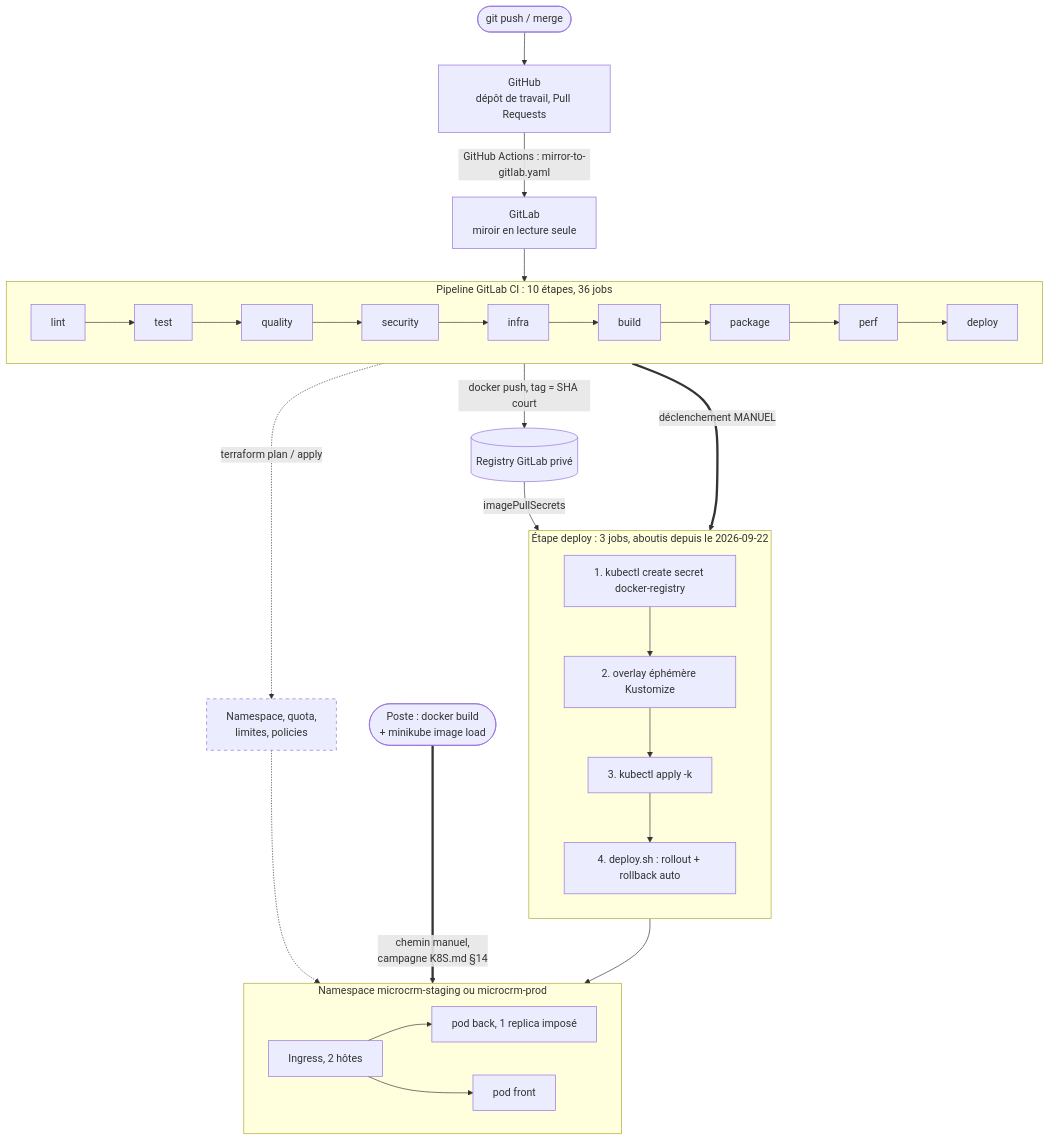
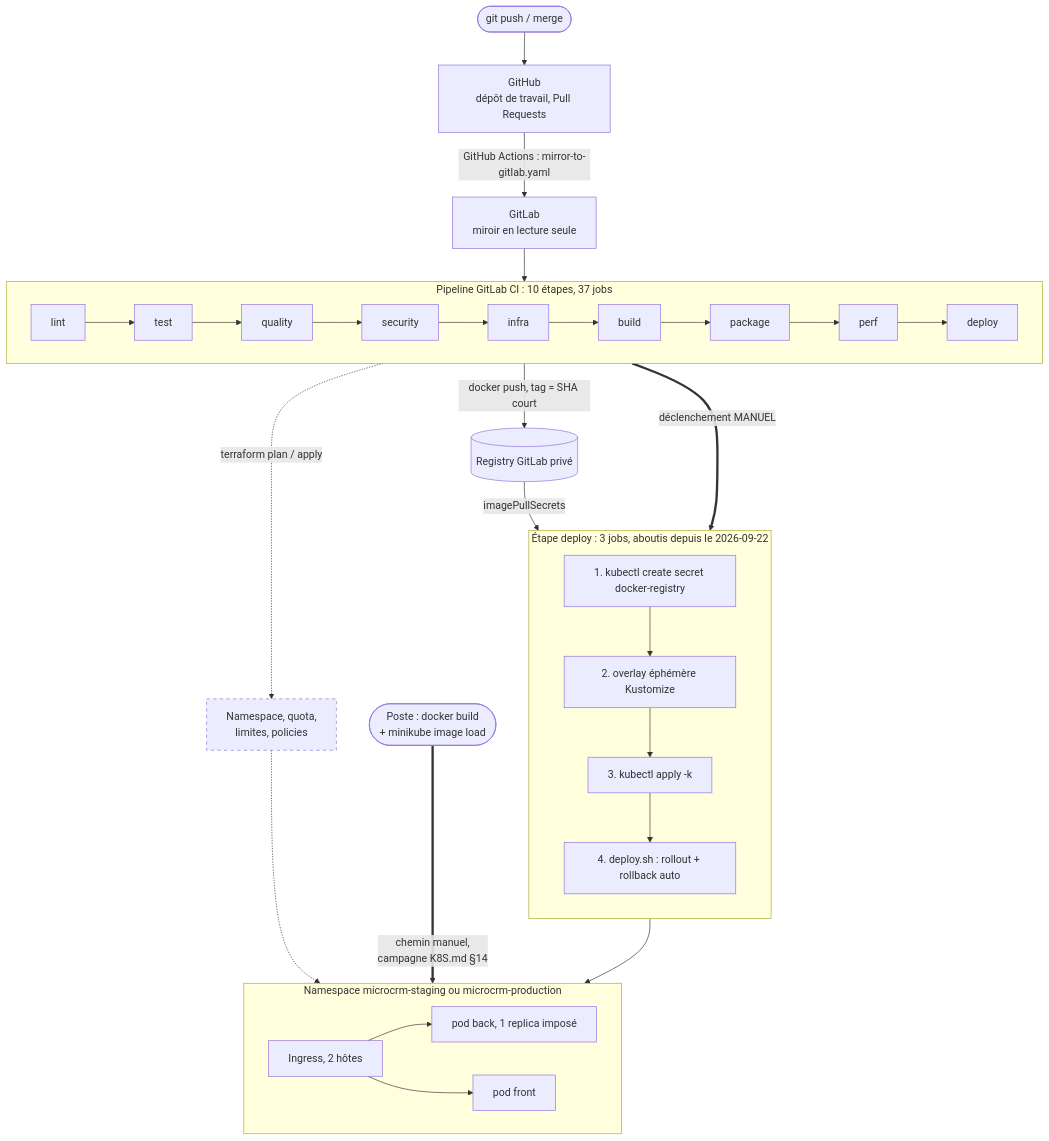
Before and after one commit to TedPasquiet/G-rez-le-cycle-de-vie-de-d-veloppement-logiciel: the first of 2 diagrams in docs/documentation-infrastructure.md, drawn with Mermaid. The commit also changed other lines of this file and 8 other files, not shown here.

````diff
--- a/docs/documentation-infrastructure.md
+++ b/docs/documentation-infrastructure.md
@@ -70,35 +70,35 @@
 ```mermaid
 flowchart TB
     dev(["git push / merge"]) --> gh["GitHub<br/>dépôt de travail, Pull Requests"]
     gh -->|"GitHub Actions : mirror-to-gitlab.yaml"| gl["GitLab<br/>miroir en lecture seule"]
     gl --> pipe
-    subgraph pipe["Pipeline GitLab CI : 10 étapes, 36 jobs"]
+    subgraph pipe["Pipeline GitLab CI : 10 étapes, 37 jobs"]
         direction LR
         s1["lint"] --> s2["test"] --> s3["quality"] --> s4["security"] --> s5["infra"] --> s6["build"] --> s7["package"] --> s8["perf"] --> s9["deploy"]
     end
     s7 -->|"docker push, tag = SHA court"| reg[("Registry GitLab privé")]
     s5 -.->|"terraform plan / apply"| tf["Namespace, quota,<br/>limites, policies"]
     s9 == "déclenchement MANUEL" ==> jobs
     subgraph jobs["Étape deploy : 3 jobs, aboutis depuis le 2026-09-22"]
         direction TB
         j1["1. kubectl create secret docker-registry"]
         j2["2. overlay éphémère Kustomize"]
         j3["3. kubectl apply -k"]
         j4["4. deploy.sh : rollout + rollback auto"]
         j1 --> j2 --> j3 --> j4
     end
     reg -->|"imagePullSecrets"| j3
     tf -.-> ns
     j4 --> ns
-    subgraph ns["Namespace microcrm-staging ou microcrm-prod"]
+    subgraph ns["Namespace microcrm-staging ou microcrm-production"]
         direction LR
         ing["Ingress, 2 hôtes"]
         pb["pod back, 1 replica imposé"]
         pf["pod front"]
         ing --> pb
         ing --> pf
     end
     poste(["Poste : docker build<br/>+ minikube image load"]) ==>|"chemin manuel,<br/>campagne K8S.md §14"| ns
     classDef jamais stroke-dasharray: 5 5;
     class tf jamais;
 ```
````
